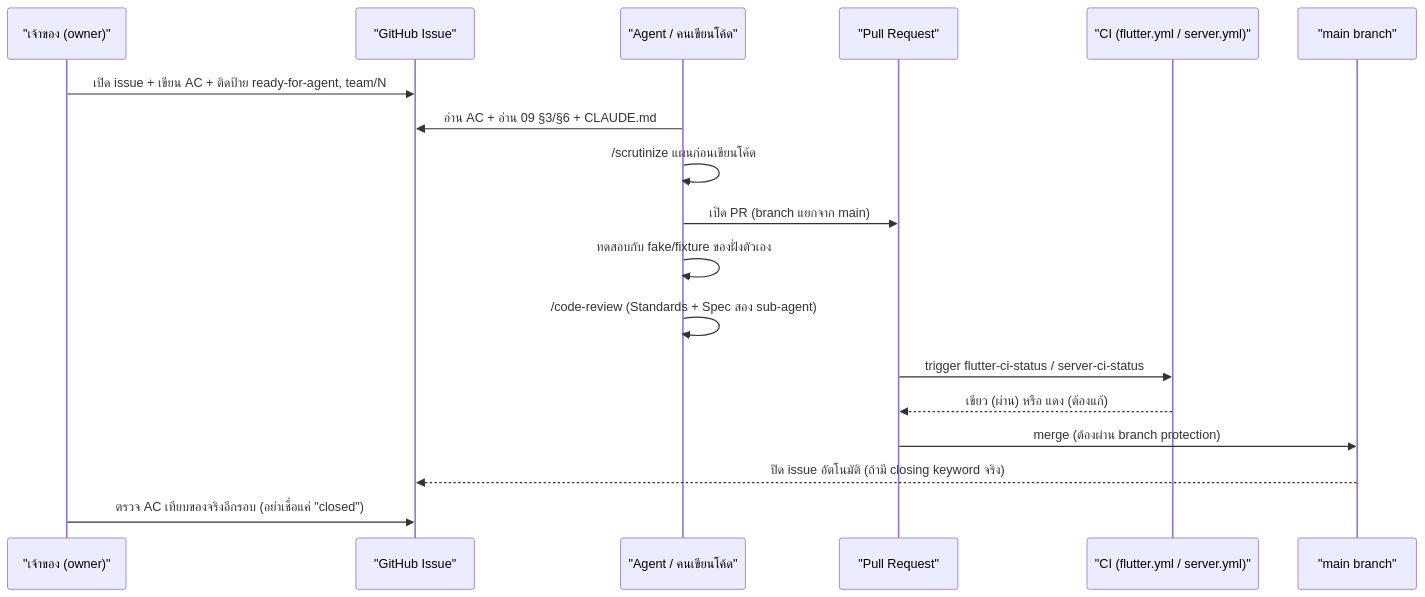
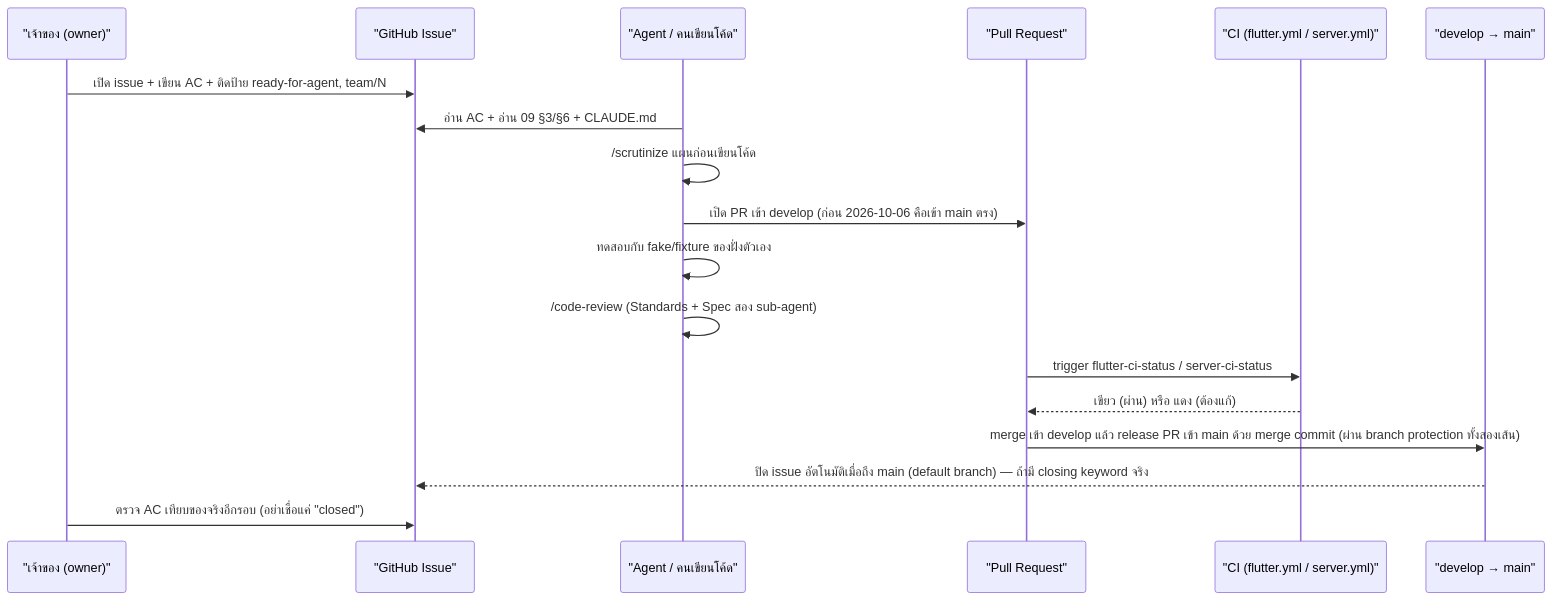
The fourth of 4 diagrams in docs/study/13_team_workflow.md (NuimanLP/srisurart-pos-flutter), drawn with Mermaid before and after one commit. The commit also changed other lines of this file and 20 other files, not shown here.

````diff
--- a/docs/study/13_team_workflow.md
+++ b/docs/study/13_team_workflow.md
@@ -354,21 +379,21 @@
 ```mermaid
 sequenceDiagram
     participant Owner as "เจ้าของ (owner)"
     participant Issue as "GitHub Issue"
     participant Agent as "Agent / คนเขียนโค้ด"
     participant PR as "Pull Request"
     participant CI as "CI (flutter.yml / server.yml)"
-    participant Main as "main branch"
+    participant Main as "develop → main"
 
     Owner->>Issue: เปิด issue + เขียน AC + ติดป้าย ready-for-agent, team/N
     Agent->>Issue: อ่าน AC + อ่าน 09 §3/§6 + CLAUDE.md
     Agent->>Agent: /scrutinize แผนก่อนเขียนโค้ด
-    Agent->>PR: เปิด PR (branch แยกจาก main)
+    Agent->>PR: เปิด PR เข้า develop (ก่อน 2026-10-06 คือเข้า main ตรง)
     Agent->>Agent: ทดสอบกับ fake/fixture ของฝั่งตัวเอง
     Agent->>Agent: /code-review (Standards + Spec สอง sub-agent)
     PR->>CI: trigger flutter-ci-status / server-ci-status
     CI-->>PR: เขียว (ผ่าน) หรือ แดง (ต้องแก้)
-    PR->>Main: merge (ต้องผ่าน branch protection)
-    Main-->>Issue: ปิด issue อัตโนมัติ (ถ้ามี closing keyword จริง)
+    PR->>Main: merge เข้า develop แล้ว release PR เข้า main ด้วย merge commit (ผ่าน branch protection ทั้งสองเส้น)
+    Main-->>Issue: ปิด issue อัตโนมัติเมื่อถึง main (default branch) — ถ้ามี closing keyword จริง
     Owner->>Issue: ตรวจ AC เทียบของจริงอีกรอบ (อย่าเชื่อแค่ "closed")
 ```
````
